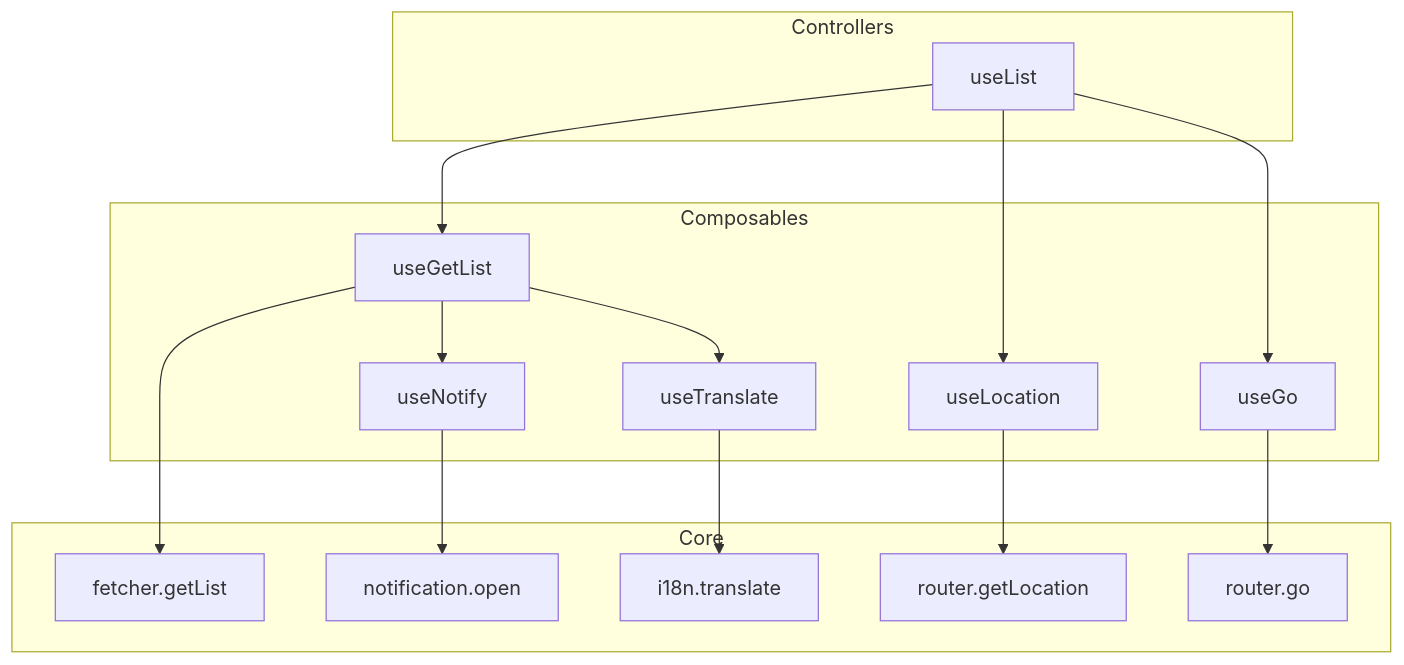
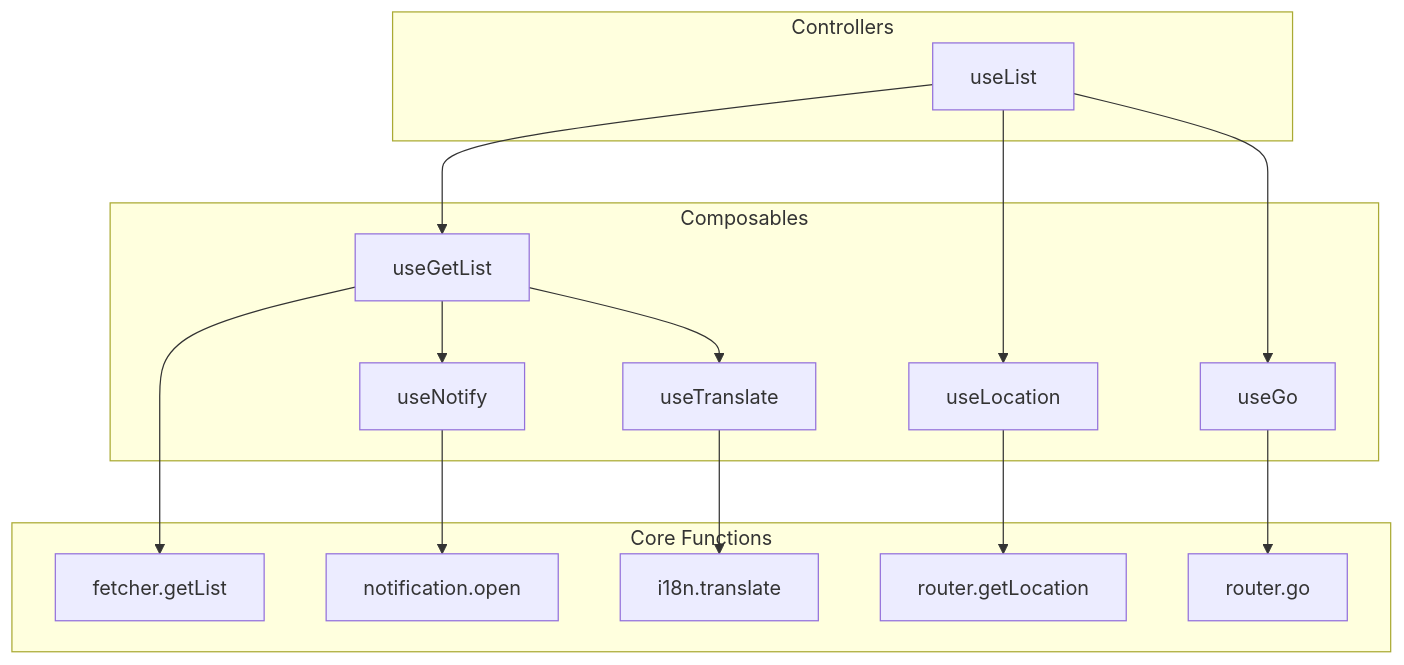
Before and after one commit to aa900031/ginjou: the diagram in stories/root/src/1-conception.mdx, drawn with Mermaid. The commit also changed other lines of this file, not shown here.

````diff
--- a/stories/root/src/1-conception.mdx
+++ b/stories/root/src/1-conception.mdx
@@ -31,29 +30,29 @@
 ```mermaid
 graph TD
-    subgraph Core
+    subgraph Core Functions
         getList[fetcher.getList]
         getLocation[router.getLocation]
         go[router.go]
         notify[notification.open]
         translate[i18n.translate]
     end
 
     subgraph Composables
         useGetList[useGetList]
         useNotify[useNotify]
         useTranslate[useTranslate]
         useLocation[useLocation]
         useGo[useGo]
     end
 
     subgraph Controllers
         useList[useList]
     end
 
     useList --> useGetList & useLocation & useGo
     useGetList --> getList & useNotify & useTranslate
     useLocation --> getLocation
     useGo --> go
     useNotify --> notify
     useTranslate --> translate
 ```
````
